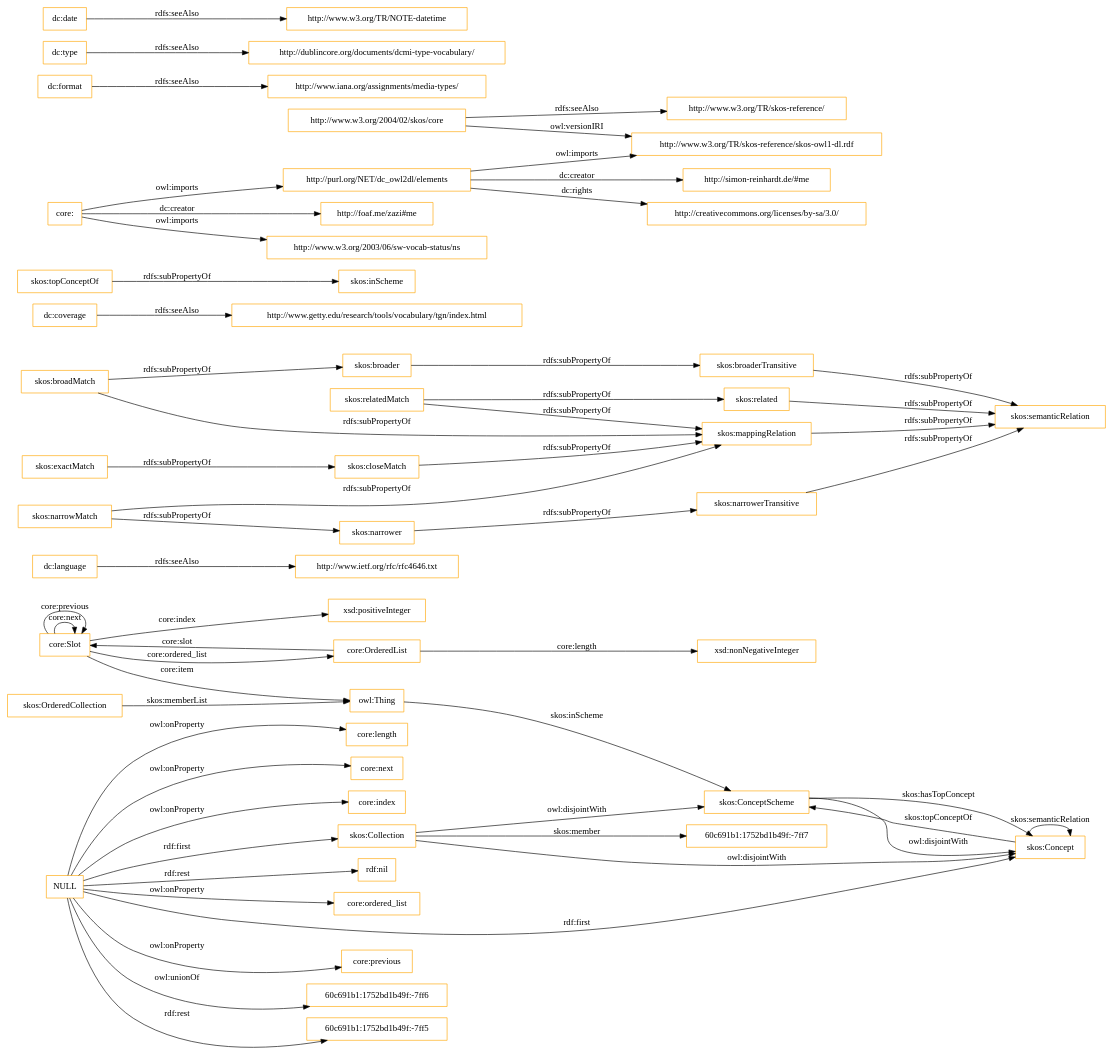
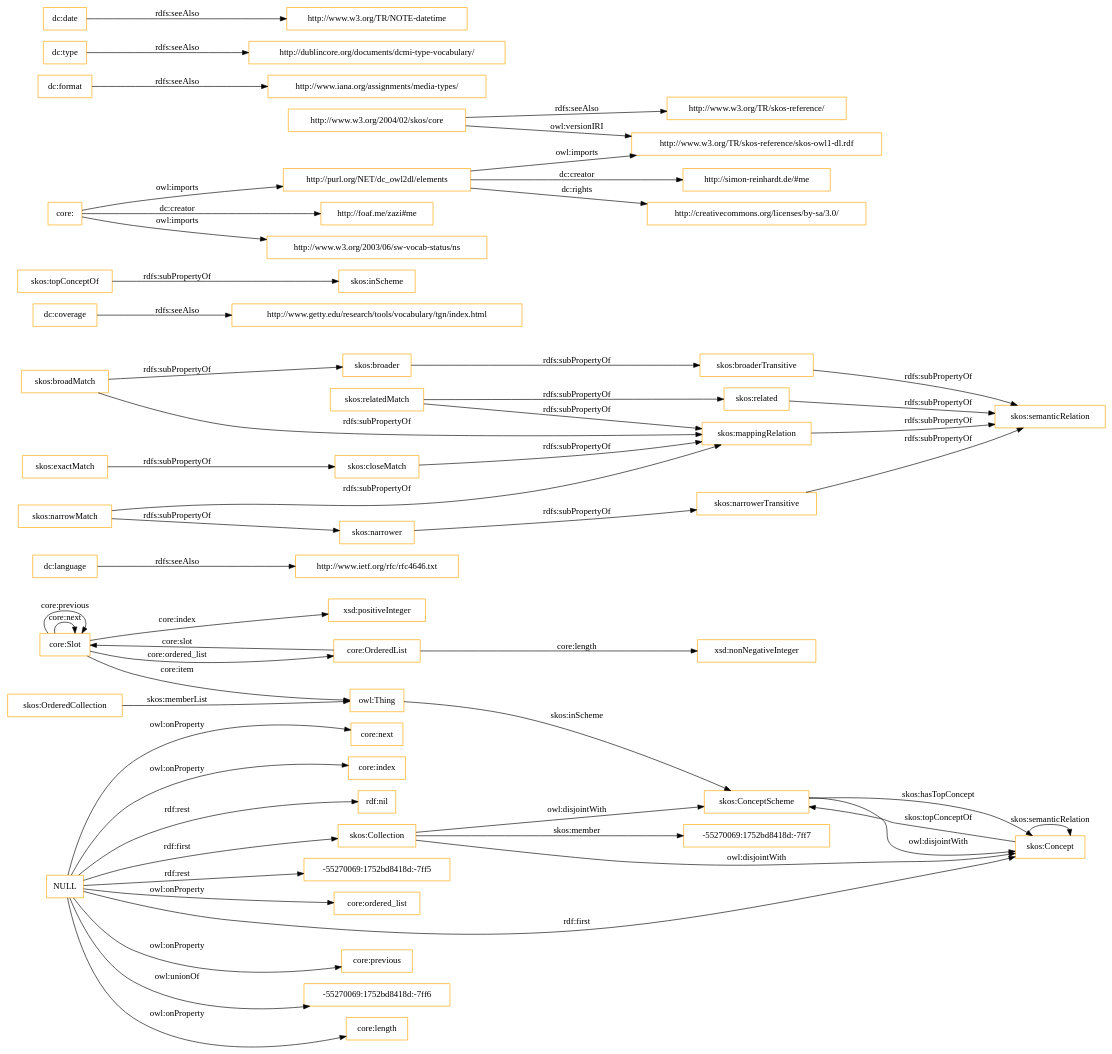
The diagram in OnToology/imports/core.owl/diagrams/ar2dtool-class/core.owl.png.dot (OnToologyUser/core-ontology-1), drawn with Graphviz before and after one commit. The commit also changed 14 other files, not shown here.

```diff
--- a/OnToology/imports/core.owl/diagrams/ar2dtool-class/core.owl.png.dot
+++ b/OnToology/imports/core.owl/diagrams/ar2dtool-class/core.owl.png.dot
@@ -1,60 +1,60 @@
 digraph ar2dtool_diagram { 
 rankdir=LR;
 size="1501"
-node [shape = rectangle, color="orange"]; "core:Slot" "core:OrderedList" "60c691b1:1752bd1b49f:-7ff7" "skos:OrderedCollection" "skos:Collection" "skos:ConceptScheme" "skos:Concept" ; /*classes style*/
+node [shape = rectangle, color="orange"]; "core:Slot" "core:OrderedList" "-55270069:1752bd8418d:-7ff7" "skos:OrderedCollection" "skos:Collection" "skos:ConceptScheme" "skos:Concept" ; /*classes style*/
 	"dc:language" -> "http://www.ietf.org/rfc/rfc4646.txt" [ label = "rdfs:seeAlso" ];
 	"NULL" -> "core:previous" [ label = "owl:onProperty" ];
-	"NULL" -> "60c691b1:1752bd1b49f:-7ff6" [ label = "owl:unionOf" ];
-	"NULL" -> "60c691b1:1752bd1b49f:-7ff5" [ label = "rdf:rest" ];
+	"NULL" -> "-55270069:1752bd8418d:-7ff6" [ label = "owl:unionOf" ];
 	"NULL" -> "core:length" [ label = "owl:onProperty" ];
 	"NULL" -> "skos:Concept" [ label = "rdf:first" ];
 	"NULL" -> "core:next" [ label = "owl:onProperty" ];
 	"NULL" -> "core:index" [ label = "owl:onProperty" ];
 	"NULL" -> "rdf:nil" [ label = "rdf:rest" ];
+	"NULL" -> "-55270069:1752bd8418d:-7ff5" [ label = "rdf:rest" ];
 	"NULL" -> "core:ordered_list" [ label = "owl:onProperty" ];
 	"NULL" -> "skos:Collection" [ label = "rdf:first" ];
 	"skos:closeMatch" -> "skos:mappingRelation" [ label = "rdfs:subPropertyOf" ];
 	"dc:coverage" -> "http://www.getty.edu/research/tools/vocabulary/tgn/index.html" [ label = "rdfs:seeAlso" ];
 	"skos:relatedMatch" -> "skos:related" [ label = "rdfs:subPropertyOf" ];
 	"skos:relatedMatch" -> "skos:mappingRelation" [ label = "rdfs:subPropertyOf" ];
 	"skos:ConceptScheme" -> "skos:Concept" [ label = "owl:disjointWith" ];
 	"skos:related" -> "skos:semanticRelation" [ label = "rdfs:subPropertyOf" ];
 	"skos:topConceptOf" -> "skos:inScheme" [ label = "rdfs:subPropertyOf" ];
 	"skos:broadMatch" -> "skos:broader" [ label = "rdfs:subPropertyOf" ];
 	"skos:broadMatch" -> "skos:mappingRelation" [ label = "rdfs:subPropertyOf" ];
 	"http://purl.org/NET/dc_owl2dl/elements" -> "http://www.w3.org/TR/skos-reference/skos-owl1-dl.rdf" [ label = "owl:imports" ];
 	"http://purl.org/NET/dc_owl2dl/elements" -> "http://creativecommons.org/licenses/by-sa/3.0/" [ label = "dc:rights" ];
 	"http://purl.org/NET/dc_owl2dl/elements" -> "http://simon-reinhardt.de/#me" [ label = "dc:creator" ];
 	"skos:exactMatch" -> "skos:closeMatch" [ label = "rdfs:subPropertyOf" ];
 	"dc:format" -> "http://www.iana.org/assignments/media-types/" [ label = "rdfs:seeAlso" ];
 	"core:" -> "http://foaf.me/zazi#me" [ label = "dc:creator" ];
 	"core:" -> "http://www.w3.org/2003/06/sw-vocab-status/ns" [ label = "owl:imports" ];
 	"core:" -> "http://purl.org/NET/dc_owl2dl/elements" [ label = "owl:imports" ];
 	"skos:broaderTransitive" -> "skos:semanticRelation" [ label = "rdfs:subPropertyOf" ];
 	"skos:mappingRelation" -> "skos:semanticRelation" [ label = "rdfs:subPropertyOf" ];
 	"skos:broader" -> "skos:broaderTransitive" [ label = "rdfs:subPropertyOf" ];
 	"dc:type" -> "http://dublincore.org/documents/dcmi-type-vocabulary/" [ label = "rdfs:seeAlso" ];
 	"http://www.w3.org/2004/02/skos/core" -> "http://www.w3.org/TR/skos-reference/skos-owl1-dl.rdf" [ label = "owl:versionIRI" ];
 	"http://www.w3.org/2004/02/skos/core" -> "http://www.w3.org/TR/skos-reference/" [ label = "rdfs:seeAlso" ];
 	"skos:Collection" -> "skos:ConceptScheme" [ label = "owl:disjointWith" ];
 	"skos:Collection" -> "skos:Concept" [ label = "owl:disjointWith" ];
 	"skos:narrowMatch" -> "skos:narrower" [ label = "rdfs:subPropertyOf" ];
 	"skos:narrowMatch" -> "skos:mappingRelation" [ label = "rdfs:subPropertyOf" ];
 	"skos:narrower" -> "skos:narrowerTransitive" [ label = "rdfs:subPropertyOf" ];
 	"dc:date" -> "http://www.w3.org/TR/NOTE-datetime" [ label = "rdfs:seeAlso" ];
 	"skos:narrowerTransitive" -> "skos:semanticRelation" [ label = "rdfs:subPropertyOf" ];
 	"core:Slot" -> "xsd:positiveInteger" [ label = "core:index" ];
 	"skos:Concept" -> "skos:ConceptScheme" [ label = "skos:topConceptOf" ];
 	"core:Slot" -> "owl:Thing" [ label = "core:item" ];
 	"core:OrderedList" -> "xsd:nonNegativeInteger" [ label = "core:length" ];
 	"core:OrderedList" -> "core:Slot" [ label = "core:slot" ];
-	"skos:Collection" -> "60c691b1:1752bd1b49f:-7ff7" [ label = "skos:member" ];
+	"skos:Collection" -> "-55270069:1752bd8418d:-7ff7" [ label = "skos:member" ];
 	"core:Slot" -> "core:Slot" [ label = "core:next" ];
 	"skos:ConceptScheme" -> "skos:Concept" [ label = "skos:hasTopConcept" ];
 	"owl:Thing" -> "skos:ConceptScheme" [ label = "skos:inScheme" ];
 	"core:Slot" -> "core:Slot" [ label = "core:previous" ];
 	"skos:OrderedCollection" -> "owl:Thing" [ label = "skos:memberList" ];
 	"skos:Concept" -> "skos:Concept" [ label = "skos:semanticRelation" ];
 	"core:Slot" -> "core:OrderedList" [ label = "core:ordered_list" ];
 
 }
```
